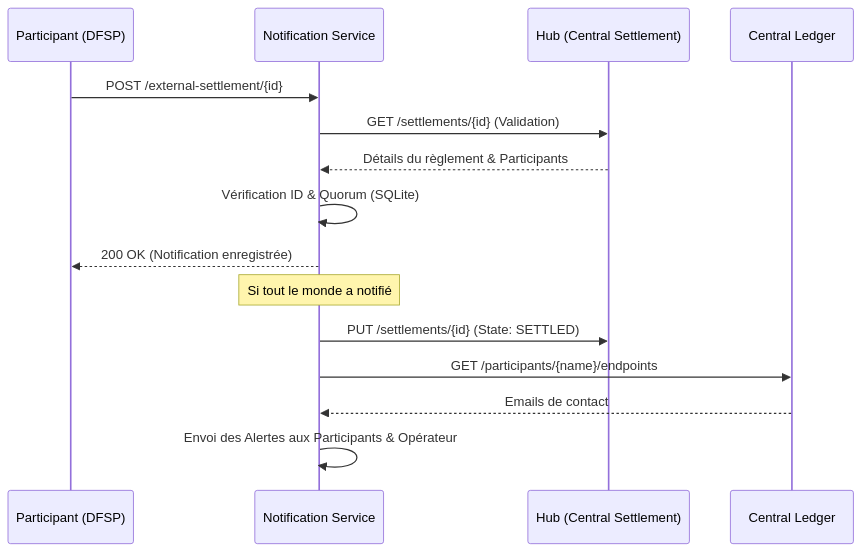
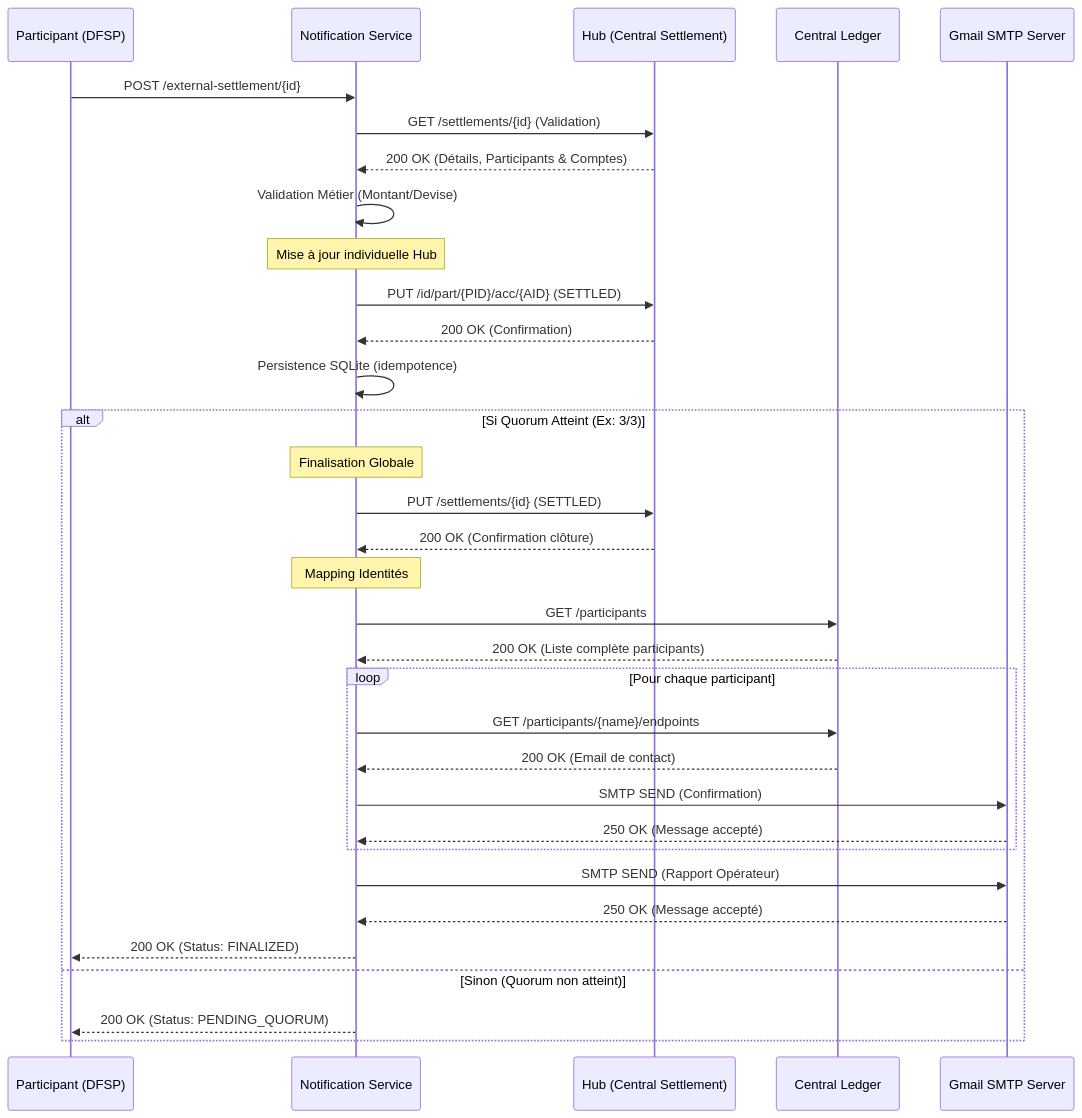
The diagram in DOCUMENTATION.md (Migyaba/external-settlement-service), drawn with Mermaid before and after one commit.

Commit message:
docs: mise à jour du diagramme de séquence pour une traçabilité exhaustive Hub/Ledger/SMTP

````diff
--- a/DOCUMENTATION.md
+++ b/DOCUMENTATION.md
@@ -138,19 +138,43 @@
 ```mermaid
 sequenceDiagram
     participant P as Participant (DFSP)
     participant S as Notification Service
     participant H as Hub (Central Settlement)
     participant L as Central Ledger
+    participant G as Gmail SMTP Server
     
     P->>S: POST /external-settlement/{id}
     S->>H: GET /settlements/{id} (Validation)
-    H-->>S: Détails du règlement & Participants
-    S->>S: Vérification ID & Quorum (SQLite)
-    S-->>P: 200 OK (Notification enregistrée)
+    H-->>S: 200 OK (Détails, Participants & Comptes)
     
-    Note over S: Si tout le monde a notifié
-    S->>H: PUT /settlements/{id} (State: SETTLED)
-    S->>L: GET /participants/{name}/endpoints
-    L-->>S: Emails de contact
-    S->>S: Envoi des Alertes aux Participants & Opérateur
+    S->>S: Validation Métier (Montant/Devise)
+    
+    Note over S: Mise à jour individuelle Hub
+    S->>H: PUT /id/part/{PID}/acc/{AID} (SETTLED)
+    H-->>S: 200 OK (Confirmation)
+    
+    S->>S: Persistence SQLite (idempotence)
+    
+    alt Si Quorum Atteint (Ex: 3/3)
+        Note over S: Finalisation Globale
+        S->>H: PUT /settlements/{id} (SETTLED)
+        H-->>S: 200 OK (Confirmation clôture)
+        
+        Note over S: Mapping Identités
+        S->>L: GET /participants
+        L-->>S: 200 OK (Liste complète participants)
+        
+        loop Pour chaque participant
+            S->>L: GET /participants/{name}/endpoints
+            L-->>S: 200 OK (Email de contact)
+            S->>G: SMTP SEND (Confirmation)
+            G-->>S: 250 OK (Message accepté)
+        end
+        S->>G: SMTP SEND (Rapport Opérateur)
+        G-->>S: 250 OK (Message accepté)
+        
+        S-->>P: 200 OK (Status: FINALIZED)
+    else Sinon (Quorum non atteint)
+        S-->>P: 200 OK (Status: PENDING_QUORUM)
+    end
 ```
````
